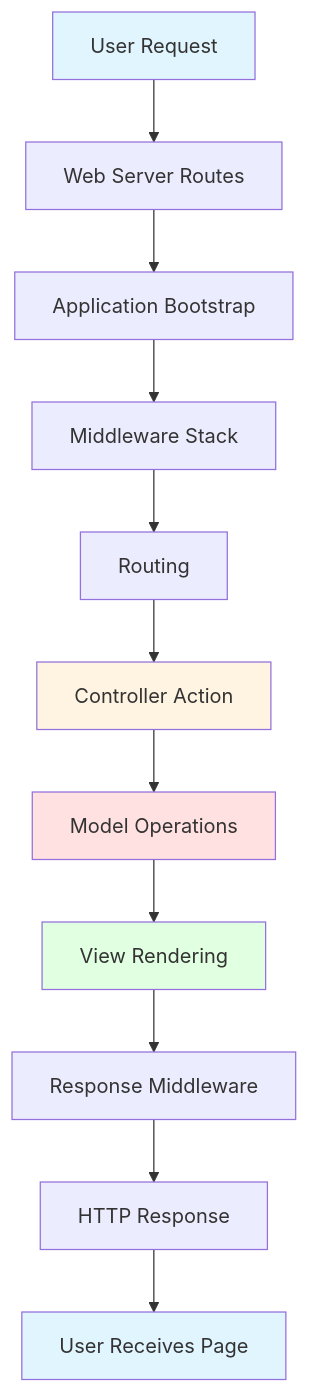
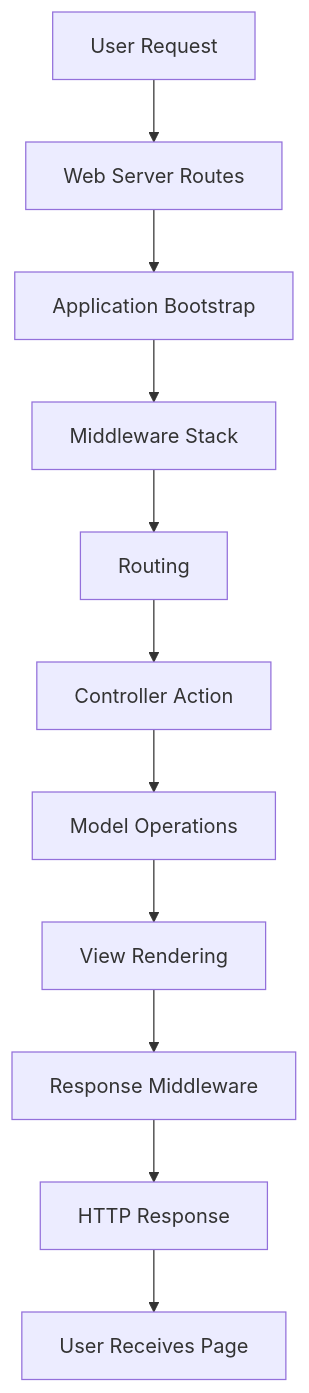
One commit to abhayraj-ops/Cake-Learn changed the fifth of 6 diagrams in docs/01-cakephp-at-a-glance.md. Above: the diagram before and after it, drawn with Mermaid. The commit also changed other lines of this file and 3 other files, not shown here.

Commit message:
feat: add architecture documentation page

````diff
--- a/docs/01-cakephp-at-a-glance.md
+++ b/docs/01-cakephp-at-a-glance.md
@@ -214,19 +214,13 @@
 ```mermaid
 flowchart TD
     A[User Request] --> B[Web Server Routes]
     B --> C[Application Bootstrap]
     C --> D[Middleware Stack]
     D --> E[Routing]
     E --> F[Controller Action]
     F --> G[Model Operations]
     G --> H[View Rendering]
     H --> I[Response Middleware]
     I --> J[HTTP Response]
     J --> K[User Receives Page]
-
-    style A fill:#e1f5ff
-    style K fill:#e1f5ff
-    style F fill:#fff4e1
-    style G fill:#ffe1e1
-    style H fill:#e1ffe1
 ```
````
